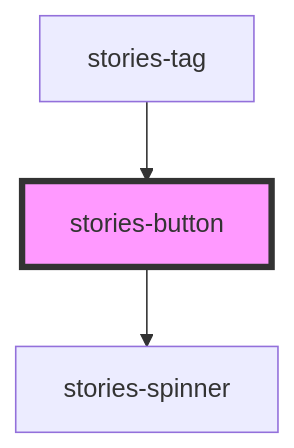
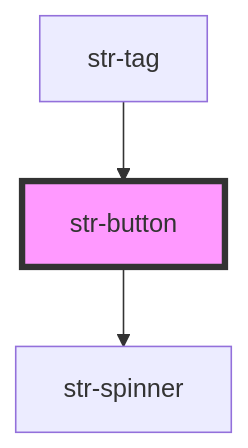
One commit to storiesjs/stories changed the diagram in packages/core/src/components/button/readme.md. Above: the diagram before and after it, drawn with Mermaid. The commit also changed other lines of this file and 221 other files, not shown here.

Commit message:
Stories prefix rename to str

````diff
--- a/packages/core/src/components/button/readme.md
+++ b/packages/core/src/components/button/readme.md
@@ -94,6 +94,6 @@
 ```mermaid
 graph TD;
-  stories-button --> stories-spinner
-  stories-tag --> stories-button
-  style stories-button fill:#f9f,stroke:#333,stroke-width:4px
+  str-button --> str-spinner
+  str-tag --> str-button
+  style str-button fill:#f9f,stroke:#333,stroke-width:4px
 ```
````
